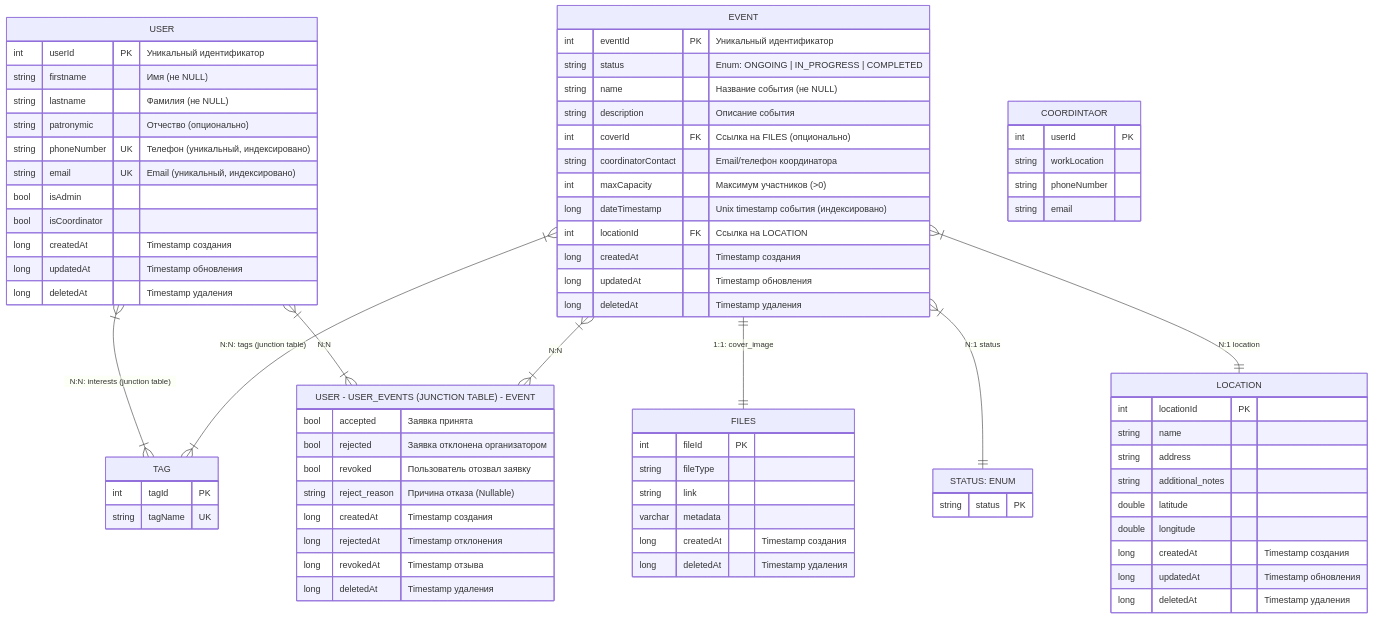
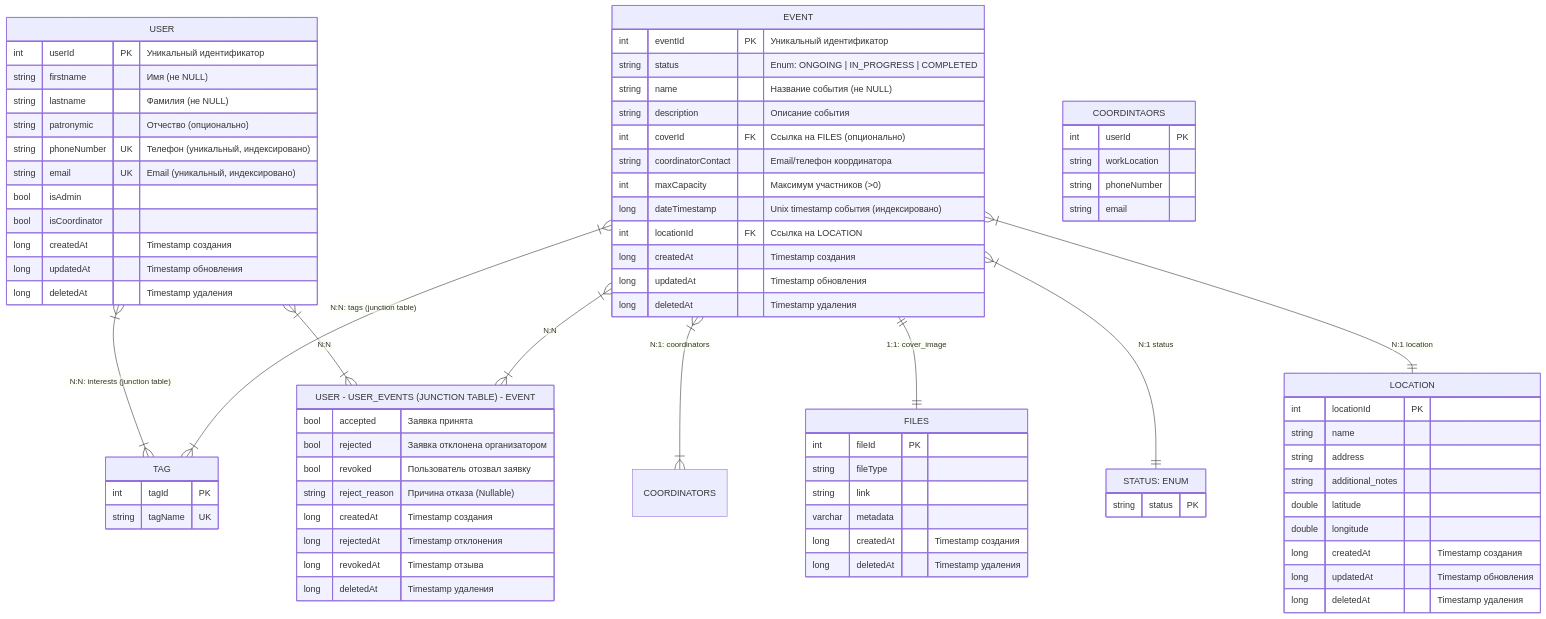
One commit to ADT-VOLUNTEERS-CASE/.github changed the third of 3 diagrams in documentation/architecture/erd.md. Above: the diagram before and after it, drawn with Mermaid. The commit also changed other lines of this file, not shown here.

First line of the commit message:
Add: COORDINATOR-EVENT link (#9)

```diff
--- a/documentation/architecture/erd.md
+++ b/documentation/architecture/erd.md
@@ -161,7 +161,7 @@
         long deletedAt "Timestamp удаления"
     }
 
-    COORDINTAOR {
+    COORDINTAORS {
         int userId PK
         string workLocation
         string phoneNumber
@@ -186,6 +186,7 @@
 
     USER }|--|{ TAG: "N:N: interests (junction table)"
     USER }|--|{ USER_EVENTS: "N:N"
+    EVENT }|--|{ COORDINATORS: "N:1: coordinators"
     EVENT }|--|{ USER_EVENTS: "N:N"
     EVENT }|--|{ TAG: "N:N: tags (junction table)"
     EVENT ||--|| FILES: "1:1: cover_image"
```
